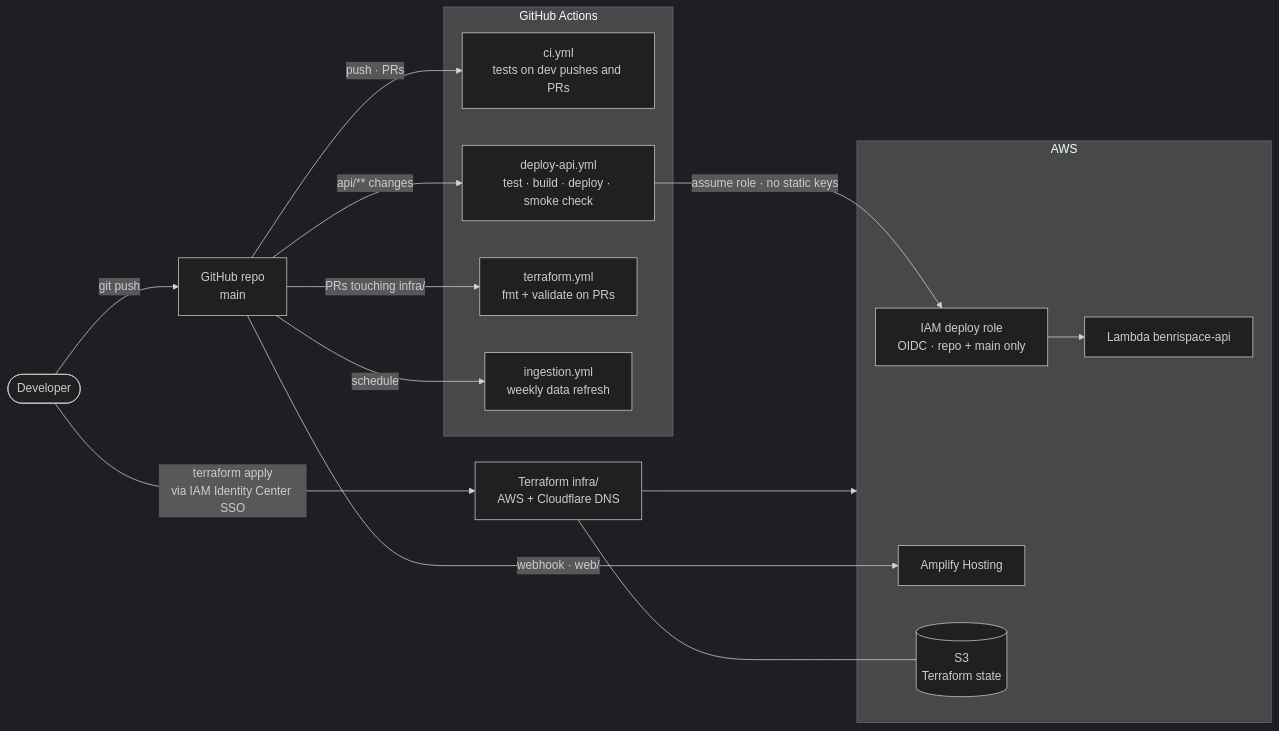
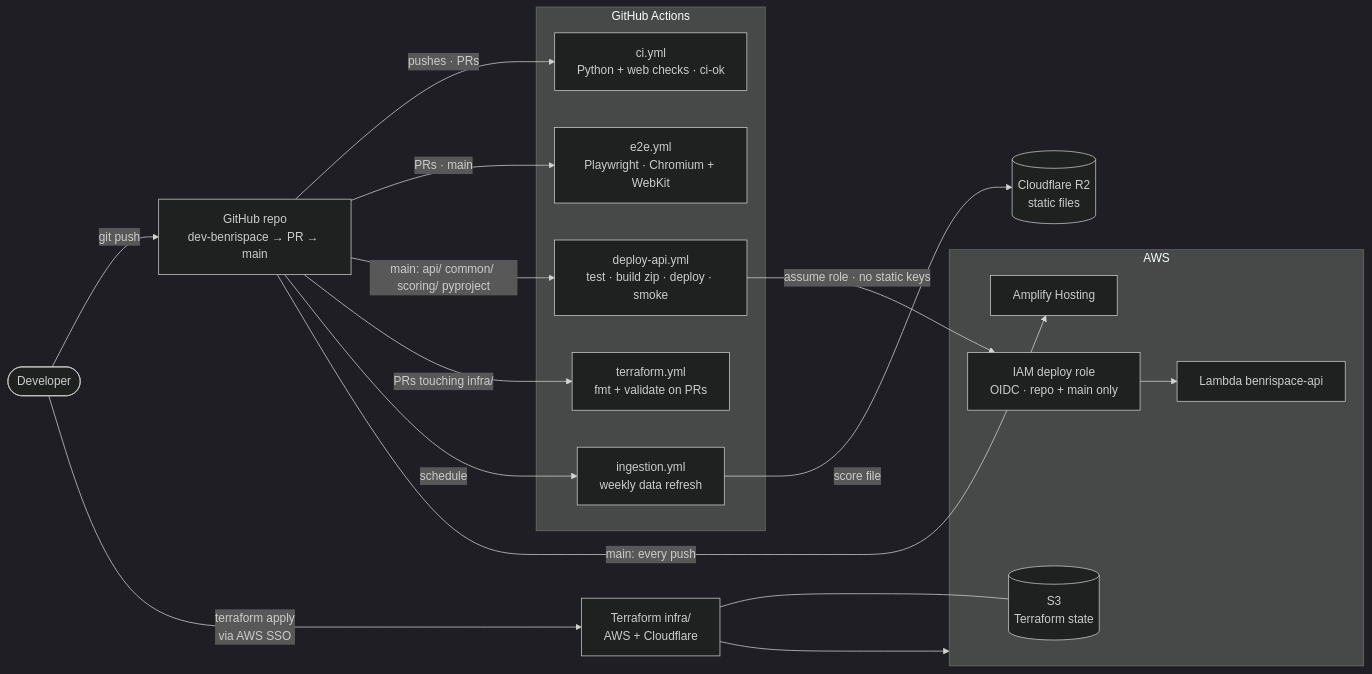
Before and after one commit to prajeshgpat/BenriSpace: the fourth of 4 diagrams in docs/ARCHITECTURE.md, drawn with Mermaid (dark theme). The commit also changed other lines of this file and 12 other files, not shown here.

````diff
--- a/docs/ARCHITECTURE.md
+++ b/docs/ARCHITECTURE.md
@@ -566,32 +608,36 @@
 ```mermaid
 flowchart LR
   dev(["Developer"])
-  gh["GitHub repo<br/>main"]
+  gh["GitHub repo<br/>dev-benrispace → PR → main"]
 
   subgraph ci["GitHub Actions"]
-    ci1["ci.yml<br/>tests on dev pushes and PRs"]
-    dep["deploy-api.yml<br/>test · build · deploy · smoke check"]
+    ci1["ci.yml<br/>Python + web checks · ci-ok"]
+    e2e["e2e.yml<br/>Playwright · Chromium + WebKit"]
+    dep["deploy-api.yml<br/>test · build zip · deploy · smoke"]
     tfci["terraform.yml<br/>fmt + validate on PRs"]
     ing["ingestion.yml<br/>weekly data refresh"]
   end
 
   subgraph aws["AWS"]
     role["IAM deploy role<br/>OIDC · repo + main only"]
     lam["Lambda benrispace-api"]
     amp["Amplify Hosting"]
     tfstate[("S3<br/>Terraform state")]
   end
 
-  tf["Terraform infra/<br/>AWS + Cloudflare DNS"]
+  r2[("Cloudflare R2<br/>static files")]
+  tf["Terraform infra/<br/>AWS + Cloudflare"]
 
   dev -- "git push" --> gh
-  gh -- "push · PRs" --> ci1
-  gh -- "api/** changes" --> dep
+  gh -- "pushes · PRs" --> ci1
+  gh -- "PRs · main" --> e2e
+  gh -- "main: api/ common/ scoring/ pyproject" --> dep
   gh -- "PRs touching infra/" --> tfci
   gh -- "schedule" --> ing
-  gh -- "webhook · web/" --> amp
+  gh -- "main: every push" --> amp
   dep -- "assume role · no static keys" --> role --> lam
-  dev -- "terraform apply<br/>via IAM Identity Center SSO" --> tf
+  ing -- "score file" --> r2
+  dev -- "terraform apply<br/>via AWS SSO" --> tf
   tf --> aws
   tf --- tfstate
 ```
````
